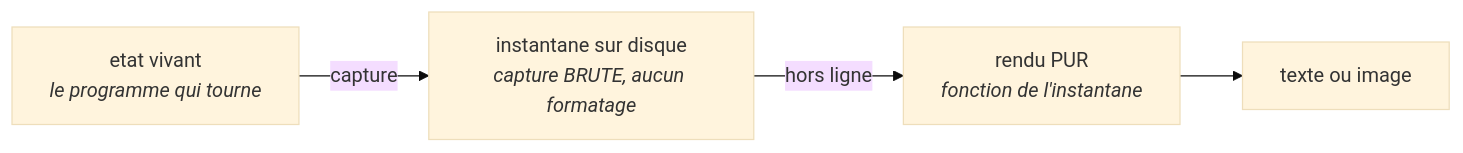
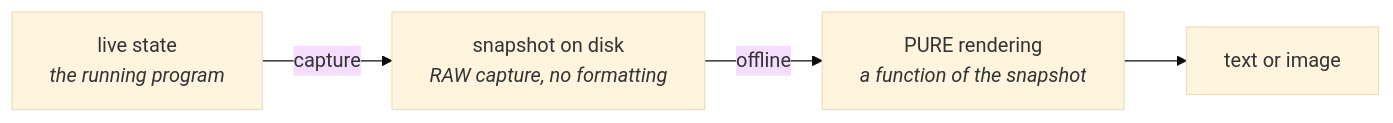
One commit to MasterLaplace/LplCraftSkills changed the diagram in skills/rendre-l-etat-visible/SKILL.md. Above: the diagram before and after it, drawn with Mermaid (base theme). The commit also changed 16 other files, not shown here.

First line of the commit message:
docs: Mermaid diagram text moves to English, the prose stays French

````diff
--- a/skills/rendre-l-etat-visible/SKILL.md
+++ b/skills/rendre-l-etat-visible/SKILL.md
@@ -69,9 +69,9 @@
 ```mermaid
 flowchart LR
-  E["etat vivant<br/><i>le programme qui tourne</i>"]
-  S["instantane sur disque<br/><i>capture BRUTE, aucun formatage</i>"]
-  R["rendu PUR<br/><i>fonction de l'instantane</i>"]
-  O["texte ou image"]
+  E["live state<br/><i>the running program</i>"]
+  S["snapshot on disk<br/><i>RAW capture, no formatting</i>"]
+  R["PURE rendering<br/><i>a function of the snapshot</i>"]
+  O["text or image"]
   E -->|capture| S
-  S -->|hors ligne| R --> O
+  S -->|offline| R --> O
 ```
````
